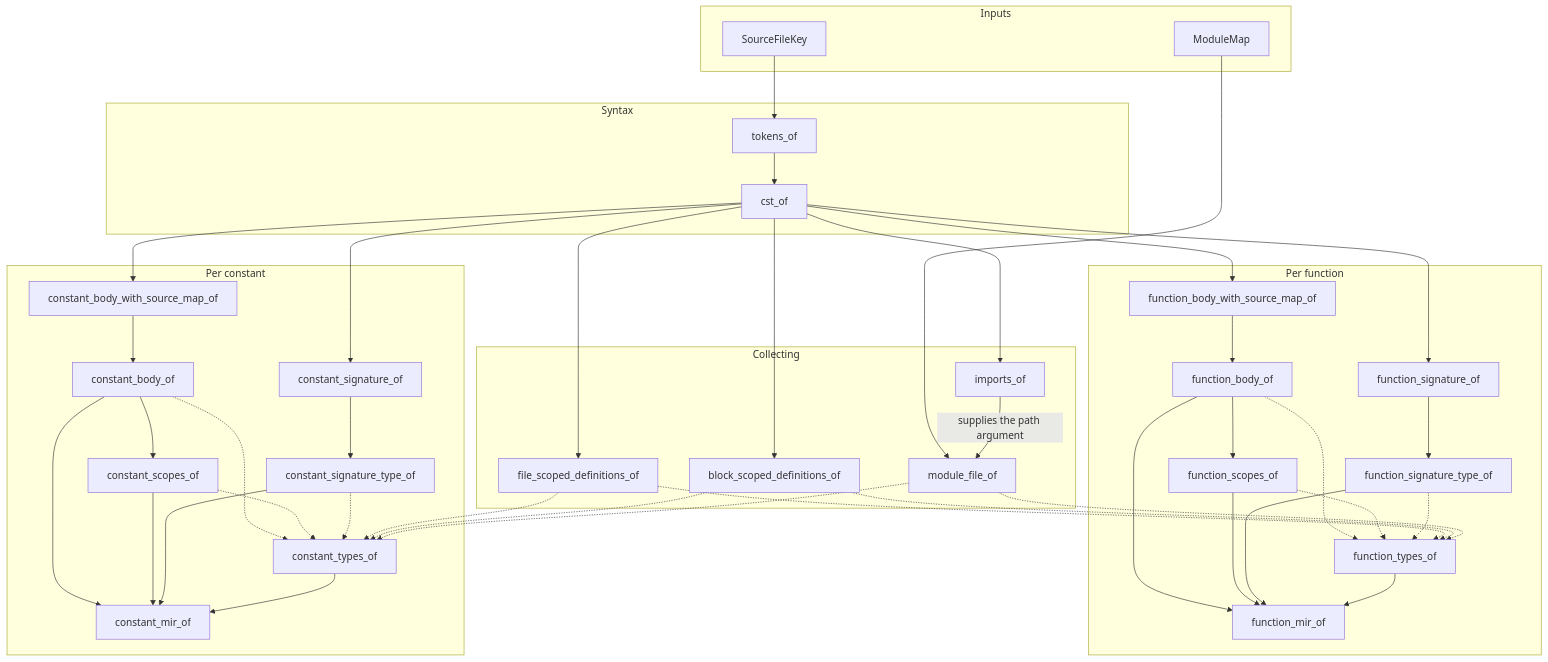
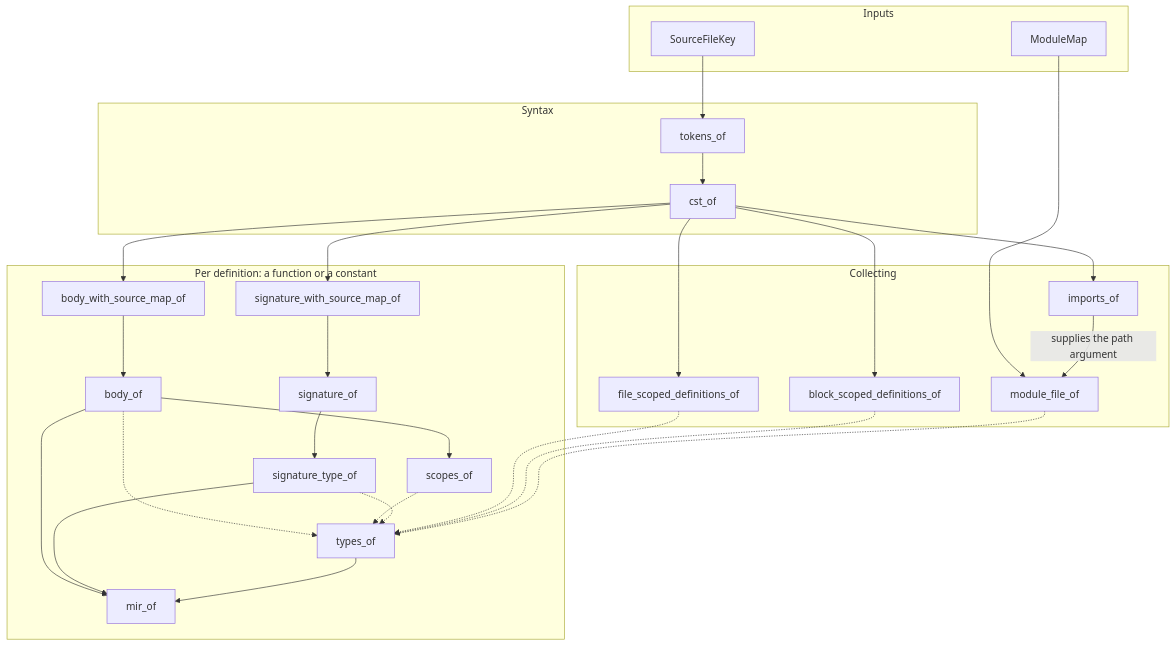
Before and after one commit to simontran7/blueberry: the diagram in README.md, drawn with Mermaid. The commit also changed 64 other files, not shown here.

````diff
--- a/README.md
+++ b/README.md
@@ -74,67 +74,47 @@
 ```mermaid
 flowchart TD
     subgraph inputs [Inputs]
         SourceFileKey
         ModuleMap
     end
 
     subgraph syntax [Syntax]
         tokens_of
         cst_of
     end
 
     subgraph collect [Collecting]
         file_scoped_definitions_of
         block_scoped_definitions_of
         imports_of
         module_file_of
     end
 
-    subgraph function [Per function]
-        function_signature_of
-        function_signature_type_of
-        function_body_with_source_map_of
-        function_body_of
-        function_scopes_of
-        function_types_of
-        function_mir_of
-    end
-
-    subgraph constant [Per constant]
-        constant_signature_of
-        constant_signature_type_of
-        constant_body_with_source_map_of
-        constant_body_of
-        constant_scopes_of
-        constant_types_of
-        constant_mir_of
+    subgraph definition [Per definition: a function or a constant]
+        signature_with_source_map_of
+        signature_of
+        signature_type_of
+        body_with_source_map_of
+        body_of
+        scopes_of
+        types_of
+        mir_of
     end
 
     SourceFileKey --> tokens_of --> cst_of
 
     cst_of --> file_scoped_definitions_of
     cst_of --> block_scoped_definitions_of
     cst_of --> imports_of
 
     ModuleMap --> module_file_of
     imports_of -- "supplies the path argument" --> module_file_of
 
-    cst_of --> function_signature_of
-    function_signature_of --> function_signature_type_of
-    cst_of --> function_body_with_source_map_of
-    function_body_with_source_map_of --> function_body_of --> function_scopes_of
+    cst_of --> signature_with_source_map_of --> signature_of --> signature_type_of
+    cst_of --> body_with_source_map_of --> body_of --> scopes_of
 
-    cst_of --> constant_signature_of
-    constant_signature_of --> constant_signature_type_of
-    cst_of --> constant_body_with_source_map_of
-    constant_body_with_source_map_of --> constant_body_of --> constant_scopes_of
+    body_of & scopes_of & signature_type_of -.-> types_of
+    file_scoped_definitions_of & block_scoped_definitions_of & module_file_of -.-> types_of
 
-    function_body_of & function_scopes_of & function_signature_type_of -.-> function_types_of
-    constant_body_of & constant_scopes_of & constant_signature_type_of -.-> constant_types_of
-
-    file_scoped_definitions_of & block_scoped_definitions_of & module_file_of -.-> function_types_of
-    file_scoped_definitions_of & block_scoped_definitions_of & module_file_of -.-> constant_types_of
-
-    function_body_of & function_scopes_of & function_signature_type_of & function_types_of --> function_mir_of
-    constant_body_of & constant_scopes_of & constant_signature_type_of & constant_types_of --> constant_mir_of
+    body_of & signature_type_of & types_of --> mir_of
 ```
````
